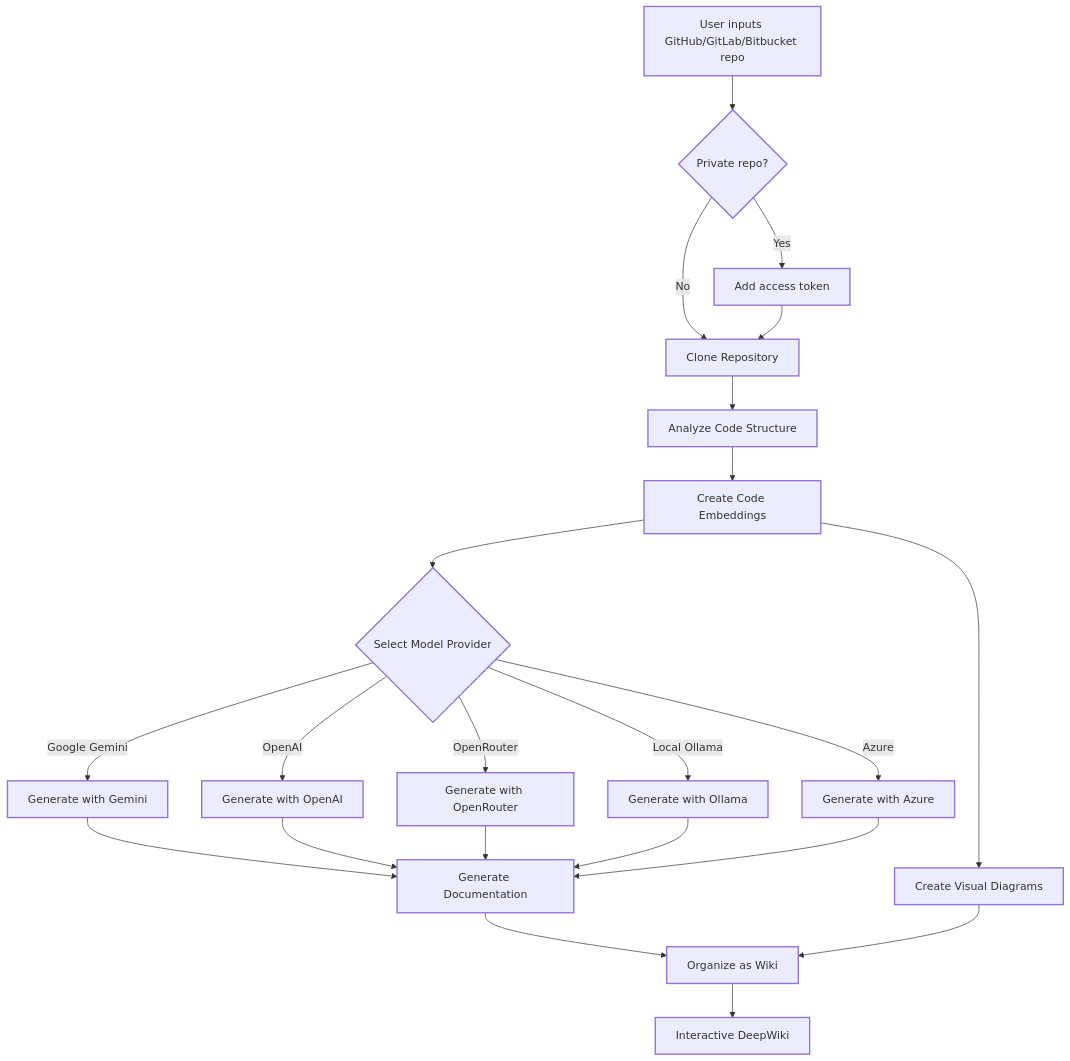
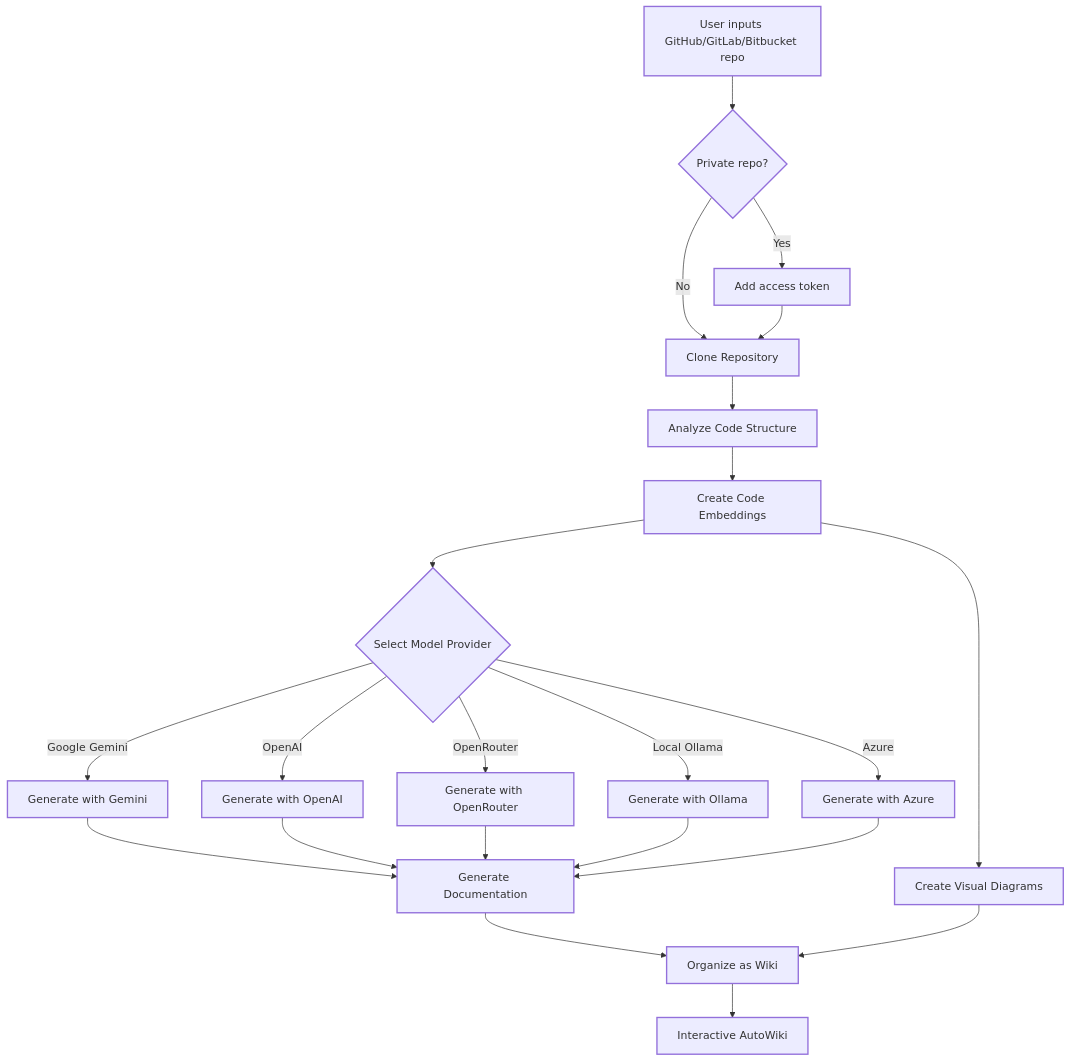
The diagram in README.md (jroell/auto-wiki), drawn with Mermaid before and after one commit. The commit also changed other lines of this file and 39 other files, not shown here.

````diff
--- a/README.md
+++ b/README.md
@@ -128,37 +128,37 @@
 ```mermaid
 graph TD
     A[User inputs GitHub/GitLab/Bitbucket repo] --> AA{Private repo?}
     AA -->|Yes| AB[Add access token]
     AA -->|No| B[Clone Repository]
     AB --> B
     B --> C[Analyze Code Structure]
     C --> D[Create Code Embeddings]
 
     D --> M{Select Model Provider}
     M -->|Google Gemini| E1[Generate with Gemini]
     M -->|OpenAI| E2[Generate with OpenAI]
     M -->|OpenRouter| E3[Generate with OpenRouter]
     M -->|Local Ollama| E4[Generate with Ollama]
     M -->|Azure| E5[Generate with Azure]
 
     E1 --> E[Generate Documentation]
     E2 --> E
     E3 --> E
     E4 --> E
     E5 --> E
 
     D --> F[Create Visual Diagrams]
     E --> G[Organize as Wiki]
     F --> G
-    G --> H[Interactive DeepWiki]
+    G --> H[Interactive AutoWiki]
 
     classDef process stroke-width:2px;
     classDef data stroke-width:2px;
     classDef result stroke-width:2px;
     classDef decision stroke-width:2px;
 
     class A,D data;
     class AA,M decision;
     class B,C,E,F,G,AB,E1,E2,E3,E4,E5 process;
     class H result;
 ```
````
